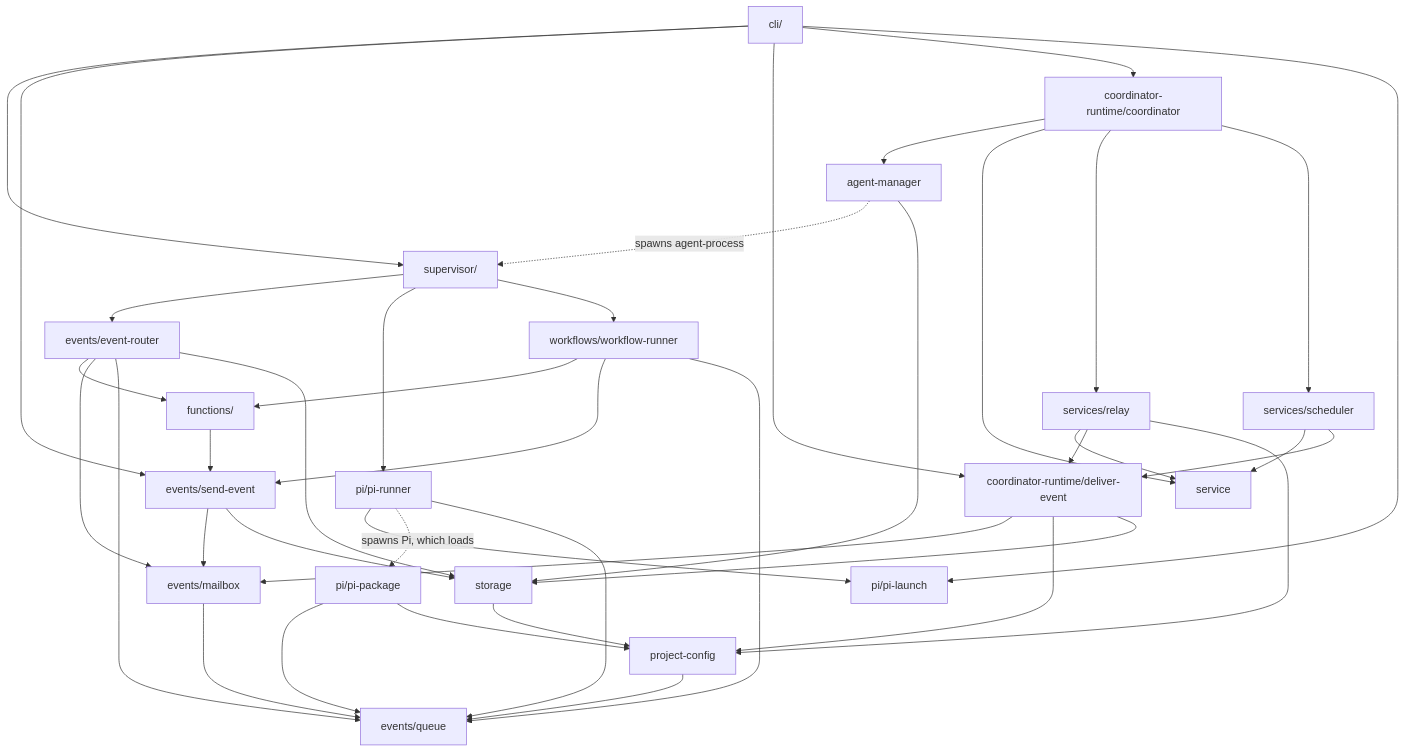
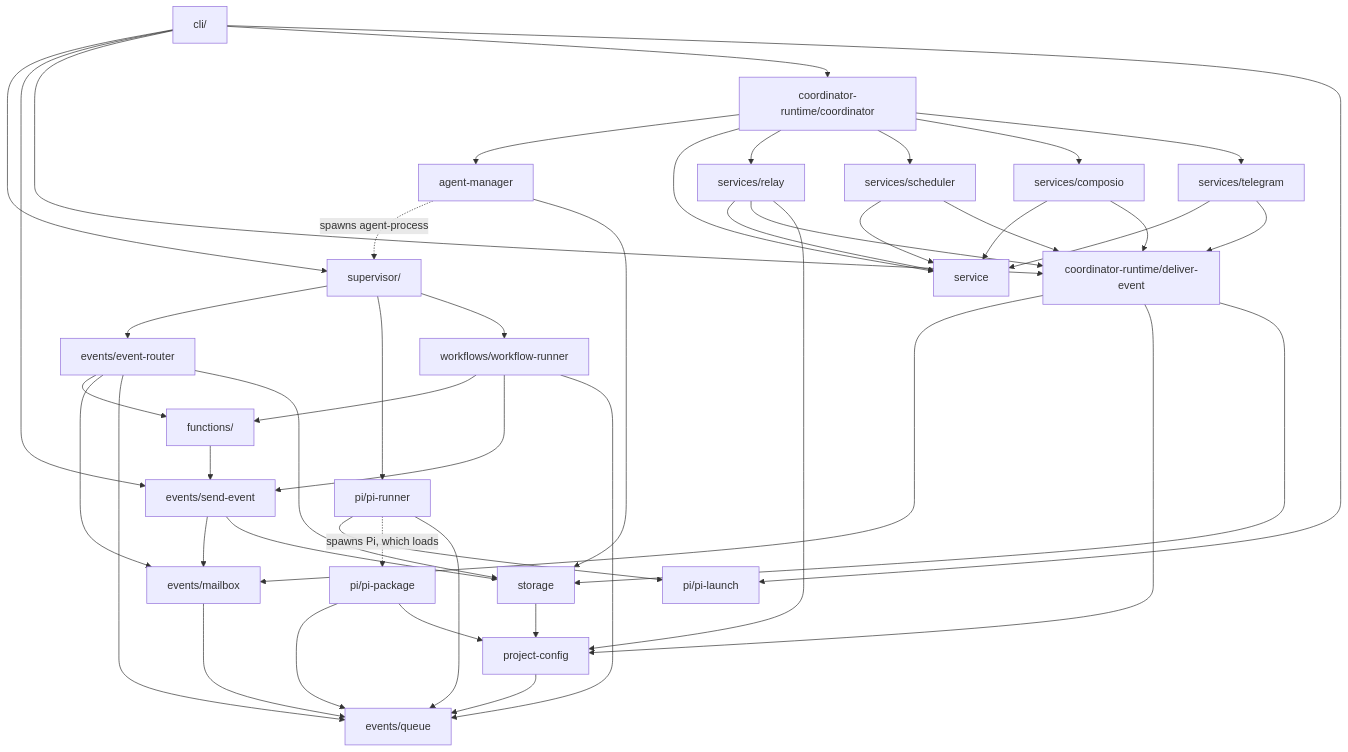
One commit to cognisphere-sh/agent-x changed the diagram in docs/high_level_design.md. Above: the diagram before and after it, drawn with Mermaid. The commit also changed other lines of this file and 26 other files, not shown here.

First line of the commit message:
feat: Composio's trigger webhook and a Telegram service

````diff
--- a/docs/high_level_design.md
+++ b/docs/high_level_design.md
@@ -42,20 +42,20 @@
 ```mermaid
 flowchart TD
   CLI["cli/"] --> SUP["supervisor/"] & SEND["events/send-event"] & DELIV["coordinator-runtime/deliver-event"] & COORD["coordinator-runtime/coordinator"] & LAUNCH["pi/pi-launch"]
-  COORD --> MGR["agent-manager"] & SVC["service"] & DELY["services/relay"] & SCHED["services/scheduler"]
-  DELY & SCHED --> SVC
-  DELY & SCHED --> DELIV
+  COORD --> MGR["agent-manager"] & SVC["service"] & DELY["services/relay"] & SCHED["services/scheduler"] & CMP["services/composio"] & TG["services/telegram"]
+  DELY & SCHED & CMP & TG --> SVC
+  DELY & SCHED & CMP & TG --> DELIV
   MGR -. "spawns agent-process" .-> SUP
   SUP --> ER["events/event-router"] & PR["pi/pi-runner"] & WR["workflows/workflow-runner"]
   ER & WR --> FN["functions/"]
   FN --> SEND
   WR --> SEND
   PR --> LAUNCH
   PR -. "spawns Pi, which loads" .-> PKG["pi/pi-package"]
   ER & DELIV & SEND --> MB["events/mailbox"]
   ER & WR & PR & PKG & MB --> Q["events/queue"]
   PKG --> PC["project-config"]
   DELIV & DELY --> PC
   ER & SEND & DELIV & MGR --> ST["storage"]
   ST --> PC --> Q
 ```
````
